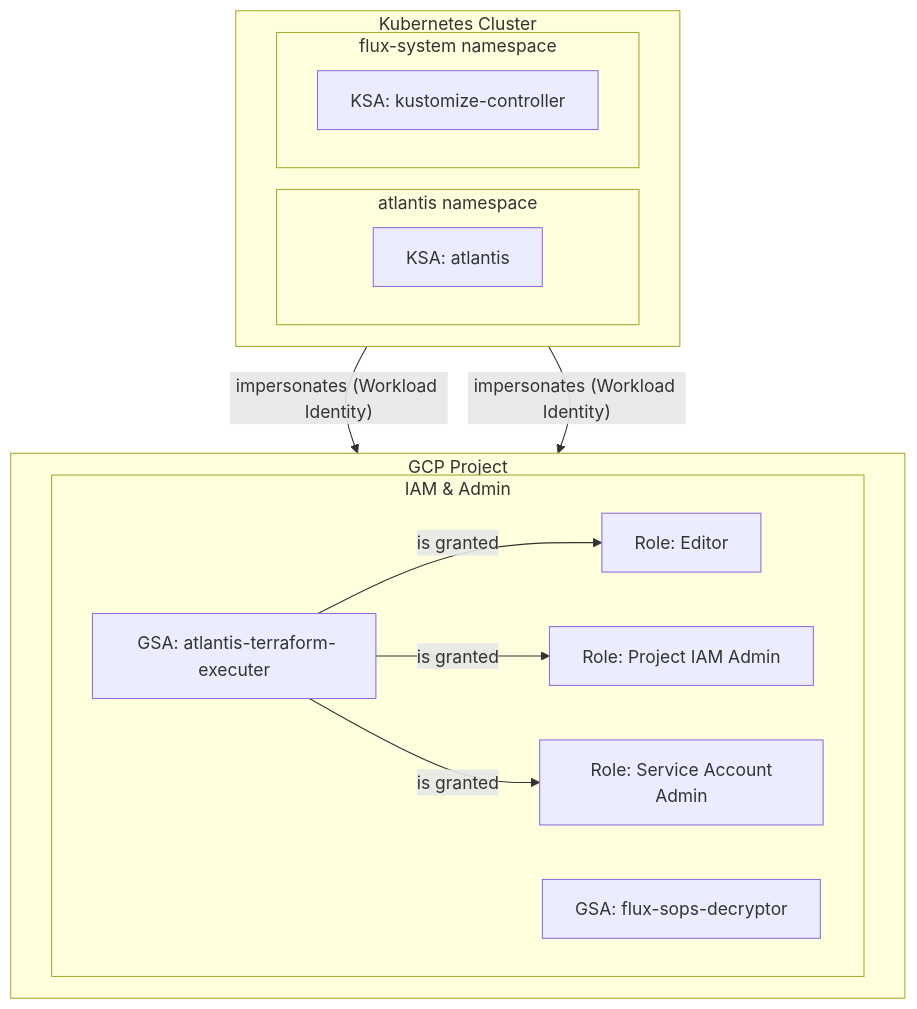
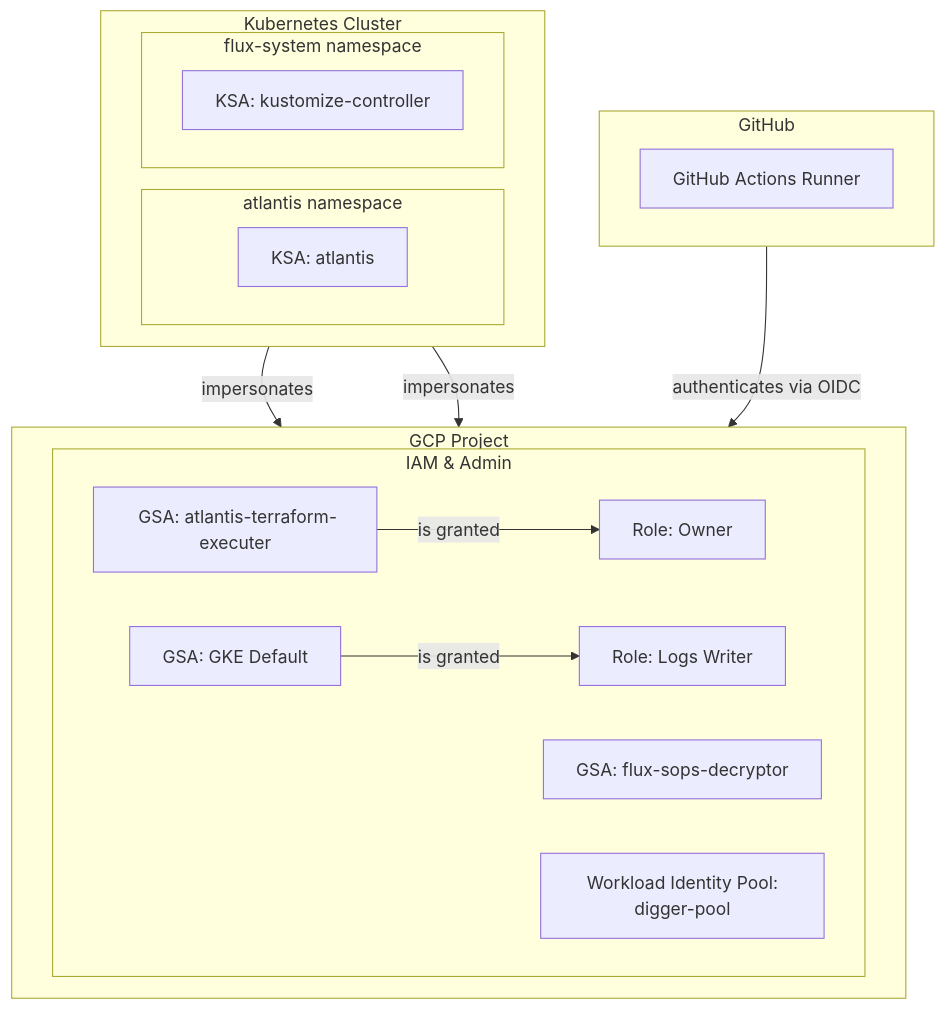
One commit to nishioka-shinji/my_infra changed the diagram in docs/terraform/gcp/03-iam.md. Above: the diagram before and after it, drawn with Mermaid. The commit also changed other lines of this file, not shown here.

Commit message:
docs: IAMドキュメントを現状に合わせて更新
- Atlantisに付与されているロールを`owner`に修正
- Digger用のWorkload Identity Poolに関する記述を追加
- GKEのロギング権限に関する記述を追加
- Mermaid図を修正

````diff
--- a/docs/terraform/gcp/03-iam.md
+++ b/docs/terraform/gcp/03-iam.md
@@ -12,32 +13,40 @@
 ```mermaid
 graph TD
+    subgraph "GitHub"
+        direction LR
+        GH_Actions["<fa:fa-github> GitHub Actions Runner"]
+    end
+
     subgraph "GCP Project"
         direction LR
         subgraph "IAM & Admin"
             GSA_Atlantis["<fa:fa-robot> GSA: atlantis-terraform-executer"]
             GSA_Flux["<fa:fa-robot> GSA: flux-sops-decryptor"]
-            Role_Editor["<fa:fa-id-card> Role: Editor"]
-            Role_ProjectIAMAdmin["<fa:fa-id-card> Role: Project IAM Admin"]
-            Role_SAAdmin["<fa:fa-id-card> Role: Service Account Admin"]
+            GSA_GKE_Default["<fa:fa-robot> GSA: GKE Default"]
+            Role_Owner["<fa:fa-id-card> Role: Owner"]
+            Role_LogWriter["<fa:fa-id-card> Role: Logs Writer"]
+            WIP_Digger["<fa:fa-key> Workload Identity Pool: digger-pool"]
         end
     end
 
     subgraph "Kubernetes Cluster"
         direction LR
         subgraph "atlantis namespace"
             KSA_Atlantis["<fa:fa-user-secret> KSA: atlantis"]
         end
         subgraph "flux-system namespace"
             KSA_Flux["<fa:fa-user-secret> KSA: kustomize-controller"]
         end
     end
 
     %% GSAへのロール付与
-    GSA_Atlantis -- "is granted" --> Role_Editor
-    GSA_Atlantis -- "is granted" --> Role_ProjectIAMAdmin
-    GSA_Atlantis -- "is granted" --> Role_SAAdmin
+    GSA_Atlantis -- "is granted" --> Role_Owner
+    GSA_GKE_Default -- "is granted" --> Role_LogWriter
 
     %% Workload Identity (GSA <-> KSA)
-    KSA_Atlantis -- "impersonates (Workload Identity)" --> GSA_Atlantis
-    KSA_Flux -- "impersonates (Workload Identity)" --> GSA_Flux
+    KSA_Atlantis -- "impersonates" --> GSA_Atlantis
+    KSA_Flux -- "impersonates" --> GSA_Flux
+
+    %% Workload Identity (GitHub Actions <-> GSA)
+    GH_Actions -- "authenticates via OIDC" --> WIP_Digger
 ```
````
